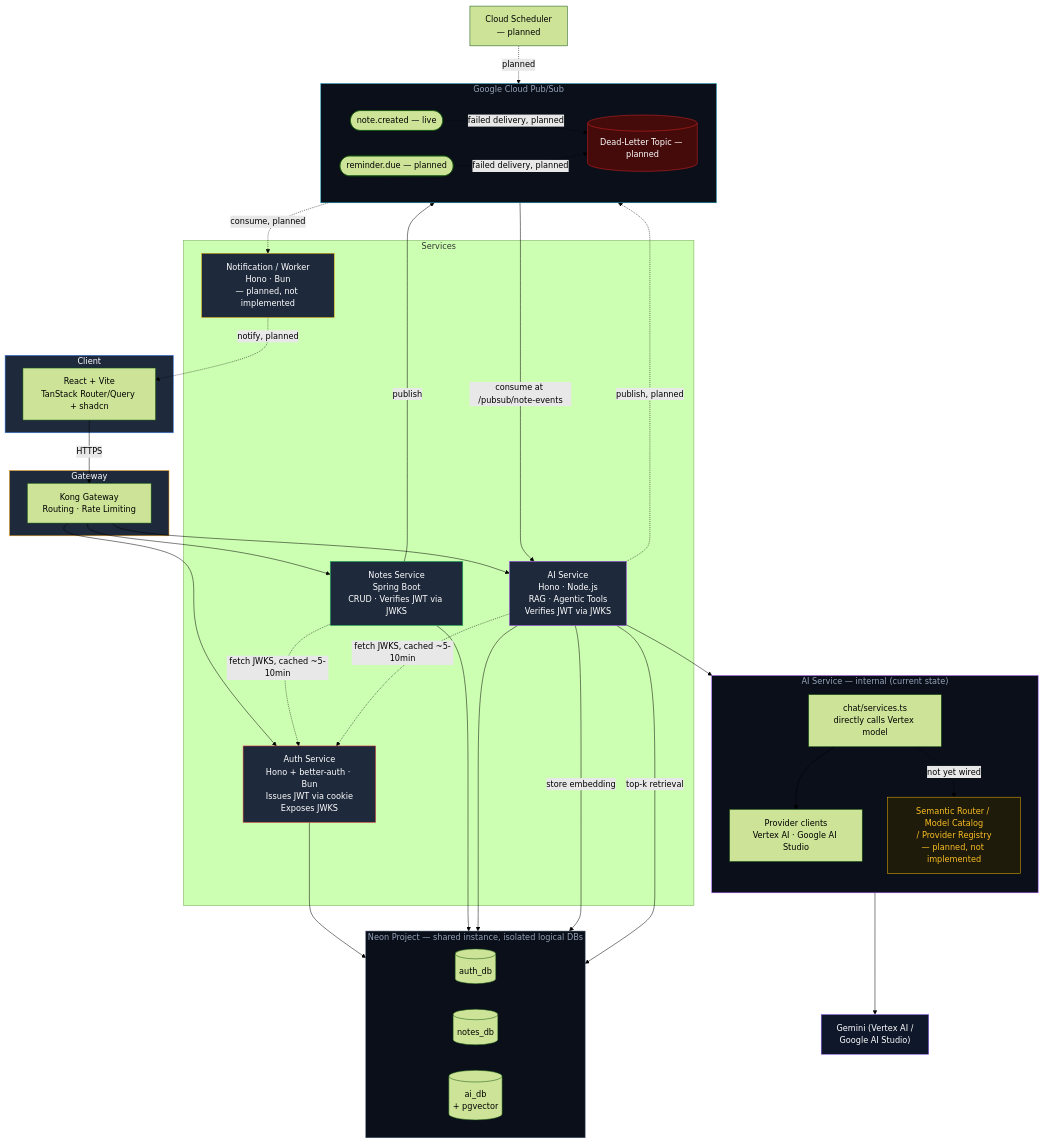
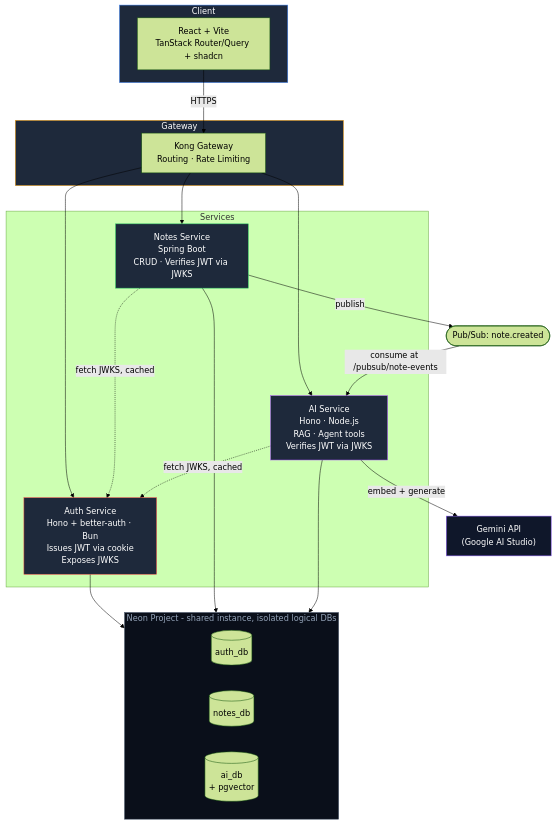
One commit to wynn-nguyen-dev/Synapse changed the diagram in README.md. Above: the diagram before and after it, drawn with Mermaid (forest theme). The commit also changed other lines of this file, not shown here.

````diff
--- a/README.md
+++ b/README.md
@@ -146,74 +140,40 @@
     subgraph Services
         AUTH["Auth Service<br/>Hono + better-auth · Bun<br/>Issues JWT via cookie<br/>Exposes JWKS"]
         NOTES["Notes Service<br/>Spring Boot<br/>CRUD · Verifies JWT via JWKS"]
-        AI["AI Service<br/>Hono · Node.js<br/>RAG · Agentic Tools<br/>Verifies JWT via JWKS"]
-        WORKER["Notification / Worker<br/>Hono · Bun<br/>— planned, not implemented"]
+        AI["AI Service<br/>Hono · Node.js<br/>RAG · Agent tools<br/>Verifies JWT via JWKS"]
     end
 
-    subgraph AIInternal["AI Service — internal (current state)"]
-        direction TB
-        CHAT["chat/services.ts<br/>directly calls Vertex model"]
-        PROVCLIENTS["Provider clients<br/>Vertex AI · Google AI Studio"]
-        ROUTERPLANNED["Semantic Router / Model Catalog<br/>/ Provider Registry<br/>— planned, not implemented"]
-    end
-
-    subgraph NeonProject["Neon Project — shared instance, isolated logical DBs"]
+    subgraph NeonProject["Neon Project - shared instance, isolated logical DBs"]
         direction LR
         AUTHDB[("auth_db")]
         NOTESDB[("notes_db")]
         AIDB[("ai_db<br/>+ pgvector")]
     end
 
-    subgraph PubSubRegion["Google Cloud Pub/Sub"]
-        direction LR
-        TOPIC1(["note.created — live"])
-        TOPIC2(["reminder.due — planned"])
-        DLQ[("Dead-Letter Topic — planned")]
-    end
-
-    SCHED["Cloud Scheduler<br/>— planned"]
-    GEMINI["Gemini (Vertex AI /<br/>Google AI Studio)"]
+    TOPIC([" Pub/Sub: note.created "])
+    GEMINI["Gemini API<br/>(Google AI Studio)"]
 
     UI -->|HTTPS| KONG
     KONG --> AUTH
     KONG --> NOTES
     KONG --> AI
 
-    NOTES -.->|fetch JWKS, cached ~5-10min| AUTH
-    AI -.->|fetch JWKS, cached ~5-10min| AUTH
+    NOTES -.->|fetch JWKS, cached| AUTH
+    AI -.->|fetch JWKS, cached| AUTH
 
     AUTH --> AUTHDB
     NOTES --> NOTESDB
     AI --> AIDB
 
-    NOTES -->|publish| TOPIC1
-    TOPIC1 -->|consume at /pubsub/note-events| AI
-    AI --> CHAT
-    CHAT --> PROVCLIENTS
-    PROVCLIENTS --> GEMINI
-    CHAT -.->|not yet wired| ROUTERPLANNED
-
-    AI -->|store embedding| AIDB
-    AI -->|top-k retrieval| AIDB
-
-    AI -.->|publish, planned| TOPIC2
-    TOPIC2 -.->|consume, planned| WORKER
-    WORKER -.->|notify, planned| UI
-
-    SCHED -.->|planned| TOPIC2
-    TOPIC1 -.->|failed delivery, planned| DLQ
-    TOPIC2 -.->|failed delivery, planned| DLQ
+    NOTES -->|publish| TOPIC
+    TOPIC -->|"consume at /pubsub/note-events"| AI
+    AI -->|embed + generate| GEMINI
 
     style Client fill:#1e293b,stroke:#3b82f6,color:#fff
     style Gateway fill:#1e293b,stroke:#f59e0b,color:#fff
     style AUTH fill:#1e293b,stroke:#ef4444,color:#fff
     style NOTES fill:#1e293b,stroke:#22c55e,color:#fff
     style AI fill:#1e293b,stroke:#a855f7,color:#fff
-    style WORKER fill:#1e293b,stroke:#eab308,color:#fff
     style NeonProject fill:#0a0f1a,stroke:#475569,color:#94a3b8
-    style PubSubRegion fill:#0a0f1a,stroke:#0891b2,color:#94a3b8
-    style AIInternal fill:#0a0f1a,stroke:#a855f7,color:#94a3b8
-    style DLQ fill:#450a0a,stroke:#dc2626,color:#fff
     style GEMINI fill:#0f172a,stroke:#8b5cf6,color:#fff
-    style ROUTERPLANNED fill:#1e1b0a,stroke:#eab308,color:#fbbf24
 ```
````
